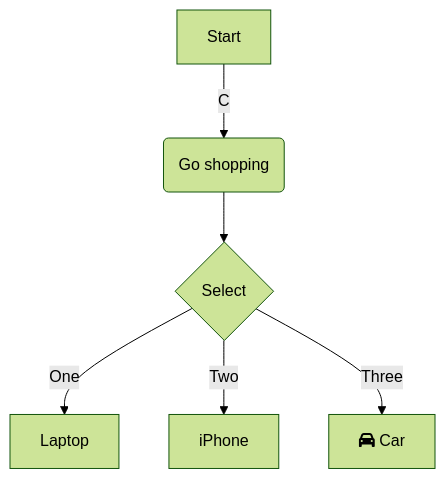
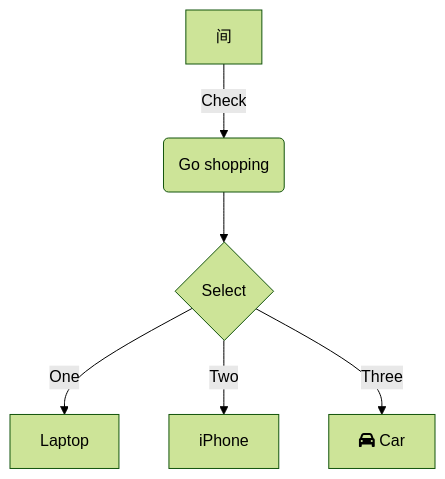
One commit to HaleyCoder/iodraw-files changed the diagram in all/未命名.md. Above: the diagram before and after it, drawn with Mermaid (forest theme).

Commit message:
2024-08-29 14:32:44 update

````diff
--- a/all/未命名.md
+++ b/all/未命名.md
@@ -1,9 +1,9 @@
 ```mermaid
 graph TD
-    A[Start] -->|C| B(Go shopping)
+    A[间] -->|Check| B(Go shopping)
     B --> C{Select}
     C -->|One| D[Laptop]
     C -->|Two| E[iPhone]
     C -->|Three| F[fa:fa-car Car]
   
 ```
````
